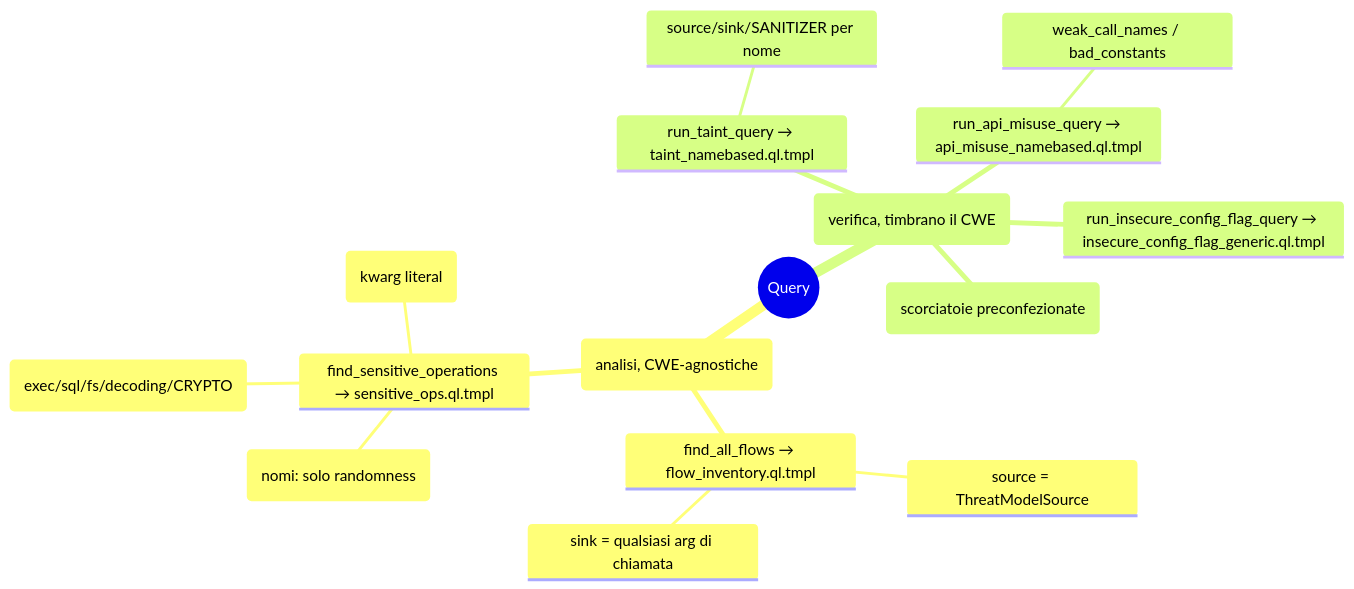
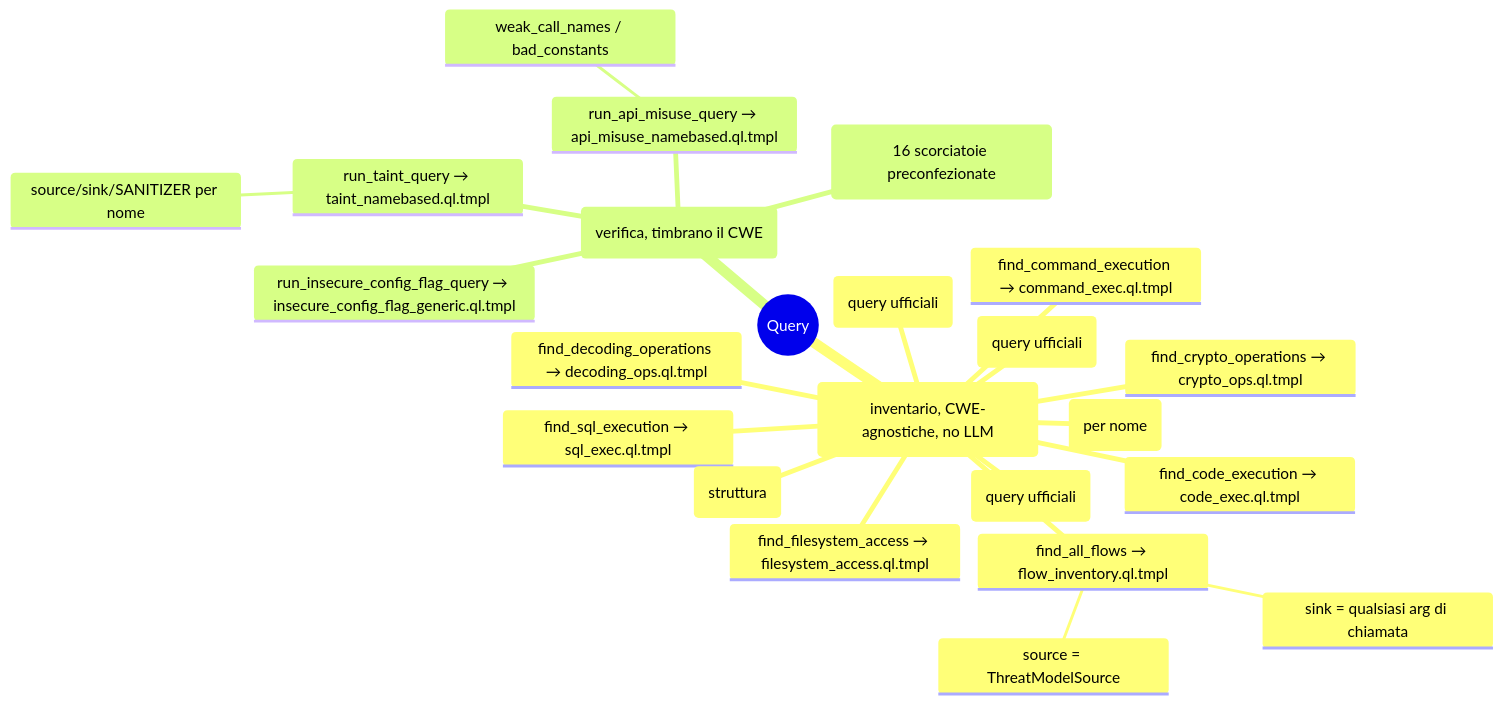
Before and after one commit to iris-cmd22/Sibyl: the eighth of 11 diagrams in documentazione/agent.md, drawn with Mermaid. The commit also changed other lines of this file and 49 other files, not shown here.

````diff
--- a/documentazione/agent.md
+++ b/documentazione/agent.md
@@ -524,19 +514,26 @@
 ```mermaid
 mindmap
   root((Query))
-    DETECTION (analisi, CWE-agnostiche)
+    GATHERING (inventario, CWE-agnostiche, no LLM)
       find_all_flows → flow_inventory.ql.tmpl
         source = ThreatModelSource
         sink = qualsiasi arg di chiamata
-      find_sensitive_operations → sensitive_ops.ql.tmpl
-        Concepts (exec/sql/fs/decoding/CRYPTO)
-        weak-call (nomi: solo randomness)
-        config-flag (kwarg literal)
+      find_command_execution → command_exec.ql.tmpl
+      find_code_execution → code_exec.ql.tmpl
+      find_sql_execution → sql_exec.ql.tmpl
+      find_filesystem_access → filesystem_access.ql.tmpl
+      find_decoding_operations → decoding_ops.ql.tmpl
+      find_crypto_operations → crypto_ops.ql.tmpl
+      find_weak_randomness → weak_randomness.ql.tmpl (per nome)
+      find_insecure_config_flags → insecure_config_flags.ql.tmpl (struttura)
+      find_exception_handling_issues (query ufficiali)
+      find_broken_sanitizer_patterns (query ufficiali)
+      find_resource_handling_issues (query ufficiali)
     VALIDATION (verifica, timbrano il CWE)
       run_taint_query → taint_namebased.ql.tmpl
         source/sink/SANITIZER per nome
       run_api_misuse_query → api_misuse_namebased.ql.tmpl
         weak_call_names / bad_constants
       run_insecure_config_flag_query → insecure_config_flag_generic.ql.tmpl
-      check_* (scorciatoie preconfezionate)
+      check_* (16 scorciatoie preconfezionate)
 ```
````
